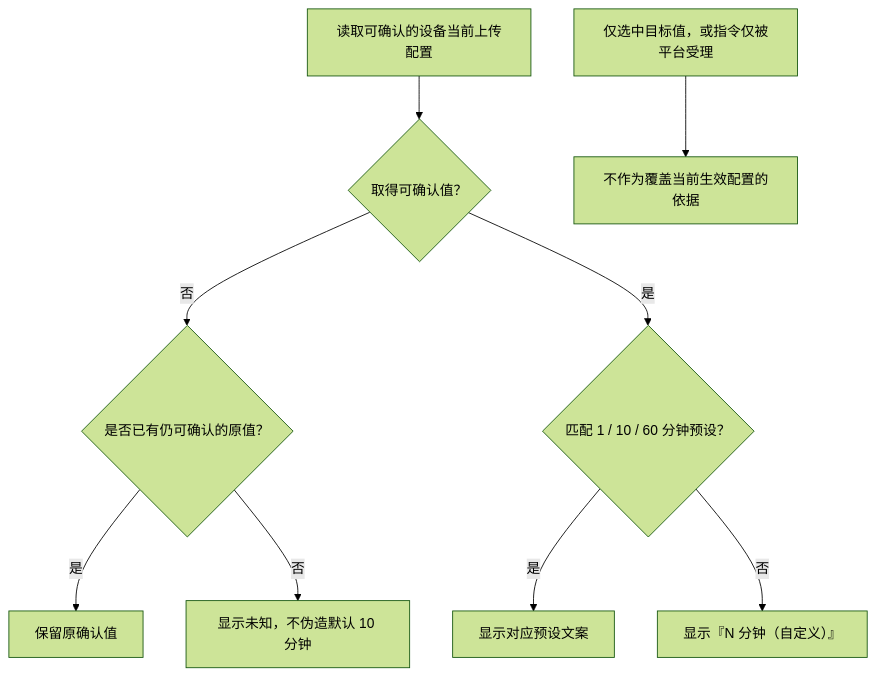
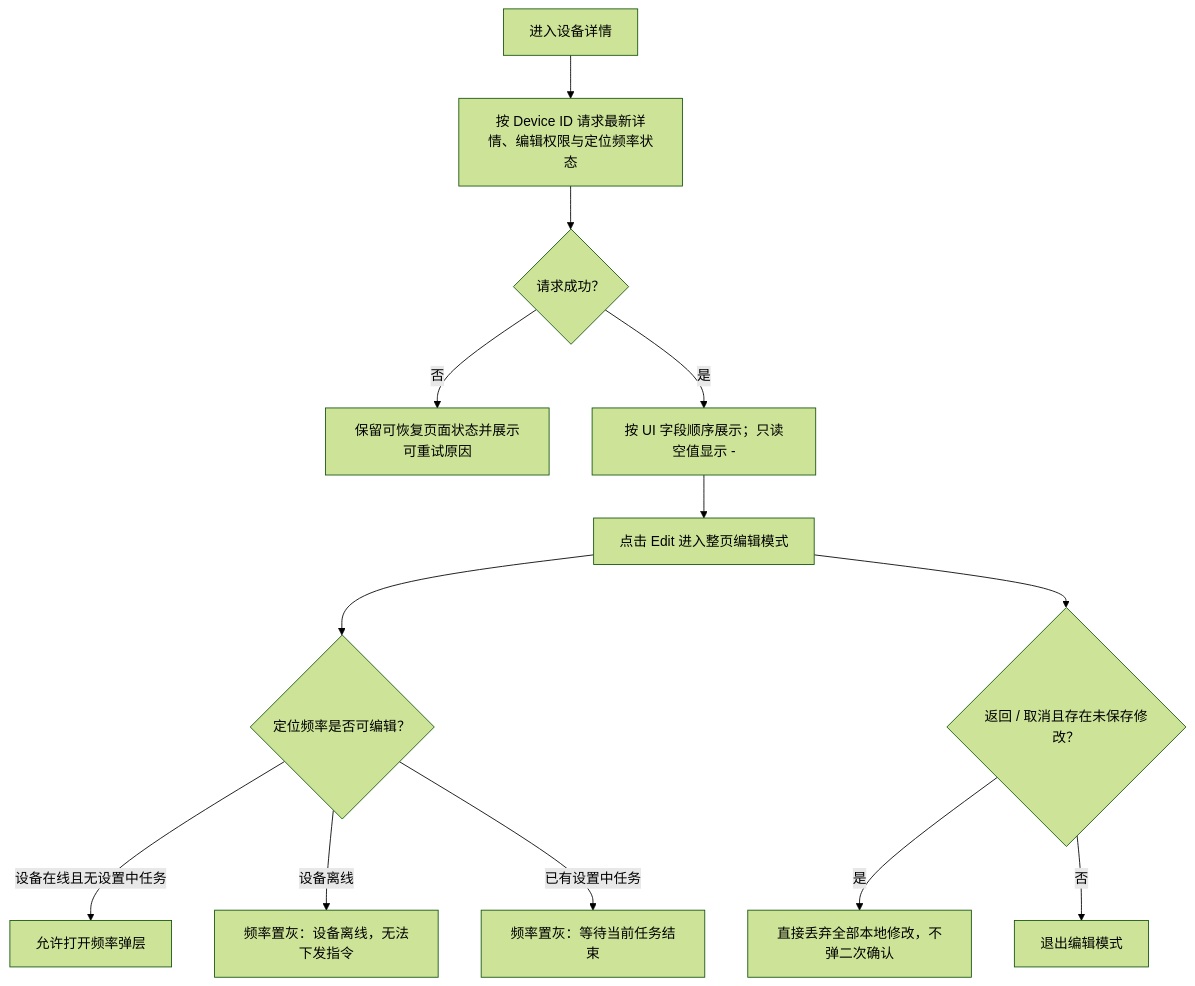
Diagram 11 of 15 in docs/manuals/革泰/逻辑大纲/革泰 APP 设备管理逻辑点梳理 plan.md (CuMgNa/skills), drawn with Mermaid (forest theme) before and after one commit. The commit also changed other lines of this file and 75 other files, not shown here.

````diff
--- a/docs/manuals/革泰/逻辑大纲/革泰 APP 设备管理逻辑点梳理 plan.md
+++ b/docs/manuals/革泰/逻辑大纲/革泰 APP 设备管理逻辑点梳理 plan.md
@@ -644,11 +876,15 @@
 ```mermaid
 flowchart TD
-    A["读取可确认的设备当前上传配置"] --> B{"取得可确认值？"}
-    B -->|"否"| C{"是否已有仍可确认的原值？"}
-    C -->|"是"| C1["保留原确认值"]
-    C -->|"否"| C2["显示未知，不伪造默认 10 分钟"]
-    B -->|"是"| D{"匹配 1 / 10 / 60 分钟预设？"}
-    D -->|"是"| D1["显示对应预设文案"]
-    D -->|"否"| D2["显示『N 分钟（自定义）』"]
-    E["仅选中目标值，或指令仅被平台受理"] --> F["不作为覆盖当前生效配置的依据"]
+    A["进入设备详情"] --> B["按 Device ID 请求最新详情、编辑权限与定位频率状态"]
+    B --> C{"请求成功？"}
+    C -->|"否"| C1["保留可恢复页面状态并展示可重试原因"]
+    C -->|"是"| D["按 UI 字段顺序展示；只读空值显示 -"]
+    D --> E["点击 Edit 进入整页编辑模式"]
+    E --> F{"定位频率是否可编辑？"}
+    F -->|"设备在线且无设置中任务"| F1["允许打开频率弹层"]
+    F -->|"设备离线"| F2["频率置灰：设备离线，无法下发指令"]
+    F -->|"已有设置中任务"| F3["频率置灰：等待当前任务结束"]
+    E --> G{"返回 / 取消且存在未保存修改？"}
+    G -->|"是"| G1["直接丢弃全部本地修改，不弹二次确认"]
+    G -->|"否"| G2["退出编辑模式"]
 ```
````
